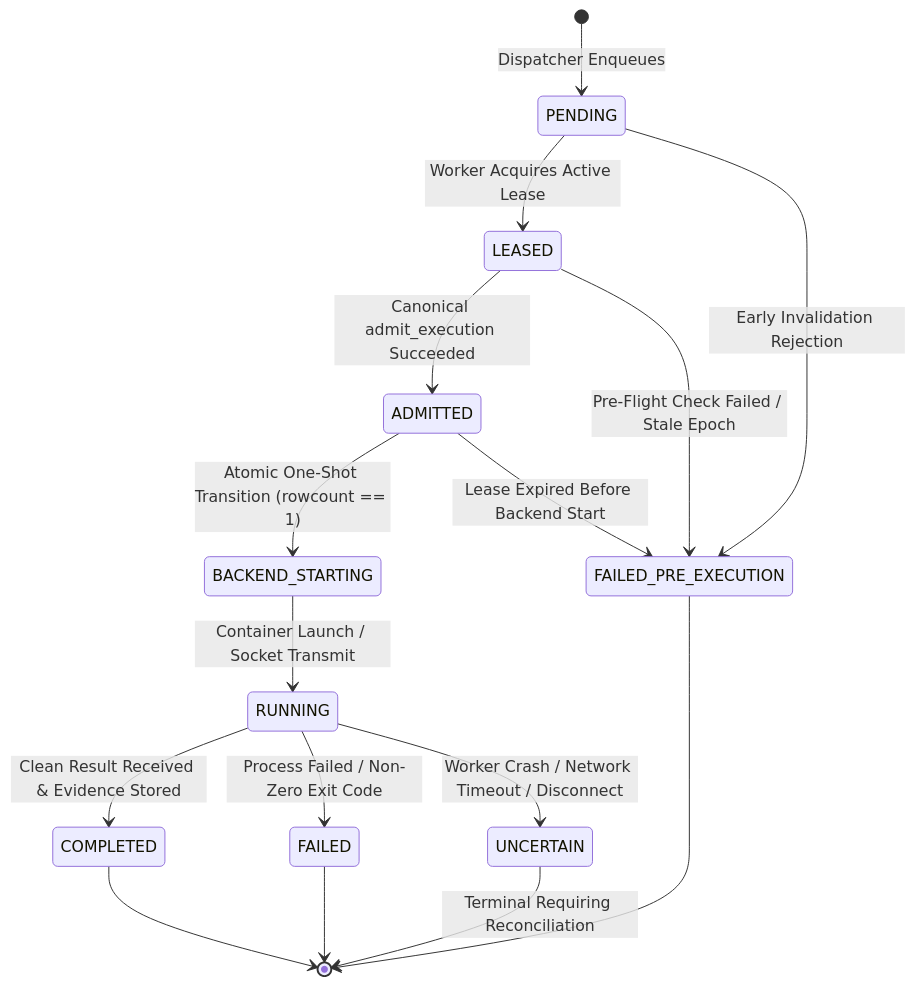
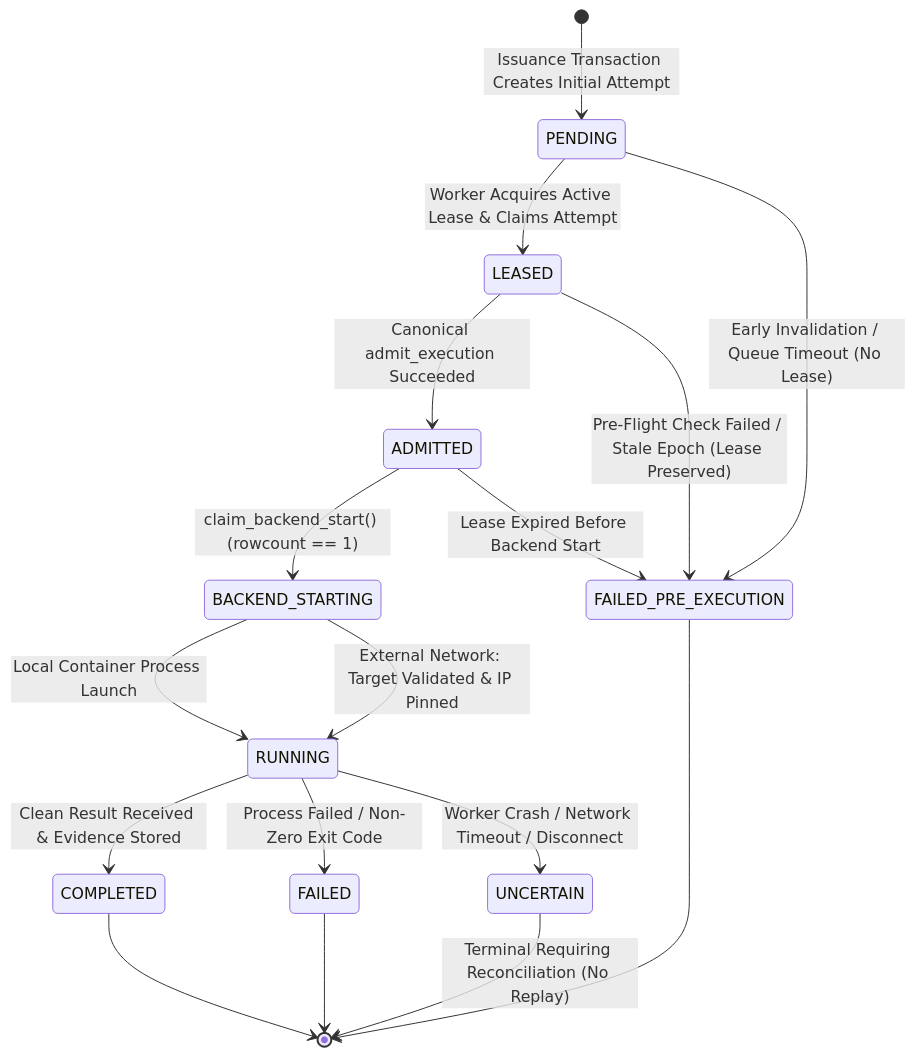
Before and after one commit to Guruprasath-Annadurai/Whitepact: the diagram in docs/phase7a-execution/execution-attempt-state-machine.md, drawn with Mermaid. The commit also changed other lines of this file and 14 other files, not shown here.

````diff
--- a/docs/phase7a-execution/execution-attempt-state-machine.md
+++ b/docs/phase7a-execution/execution-attempt-state-machine.md
@@ -109,18 +139,19 @@
 ```mermaid
 stateDiagram-v2
-    [*] --> PENDING: Dispatcher Enqueues
-    PENDING --> LEASED: Worker Acquires Active Lease
-    PENDING --> FAILED_PRE_EXECUTION: Early Invalidation Rejection
+    [*] --> PENDING: Issuance Transaction Creates Initial Attempt
+    PENDING --> LEASED: Worker Acquires Active Lease & Claims Attempt
+    PENDING --> FAILED_PRE_EXECUTION: Early Invalidation / Queue Timeout (No Lease)
     LEASED --> ADMITTED: Canonical admit_execution Succeeded
-    LEASED --> FAILED_PRE_EXECUTION: Pre-Flight Check Failed / Stale Epoch
-    ADMITTED --> BACKEND_STARTING: Atomic One-Shot Transition (rowcount == 1)
+    LEASED --> FAILED_PRE_EXECUTION: Pre-Flight Check Failed / Stale Epoch (Lease Preserved)
+    ADMITTED --> BACKEND_STARTING: claim_backend_start() (rowcount == 1)
     ADMITTED --> FAILED_PRE_EXECUTION: Lease Expired Before Backend Start
-    BACKEND_STARTING --> RUNNING: Container Launch / Socket Transmit
+    BACKEND_STARTING --> RUNNING: Local Container Process Launch
+    BACKEND_STARTING --> RUNNING: External Network: Target Validated & IP Pinned
     RUNNING --> COMPLETED: Clean Result Received & Evidence Stored
     RUNNING --> FAILED: Process Failed / Non-Zero Exit Code
     RUNNING --> UNCERTAIN: Worker Crash / Network Timeout / Disconnect
-    UNCERTAIN --> [*]: Terminal Requiring Reconciliation
+    UNCERTAIN --> [*]: Terminal Requiring Reconciliation (No Replay)
     COMPLETED --> [*]
     FAILED --> [*]
     FAILED_PRE_EXECUTION --> [*]
 ```
````
